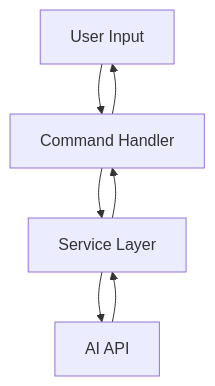
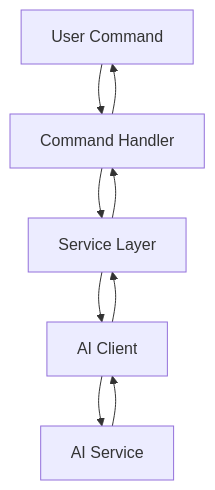
The third of 3 diagrams in docs/architecture.md (geogoesbeepboop/refiner), drawn with Mermaid before and after one commit. The commit also changed other lines of this file and 5 other files, not shown here.

````diff
--- a/docs/architecture.md
+++ b/docs/architecture.md
@@ -142,9 +156,11 @@
 ```mermaid
 flowchart TD;
-    A[User Input] --> B[Command Handler]
+    A[User Command] --> B[Command Handler]
     B --> C[Service Layer]
-    C --> D[AI API]
+    C --> D[AI Client]
+    D --> E[AI Service]
+    E --> D
     D --> C
     C --> B
     B --> A
 ```
````
